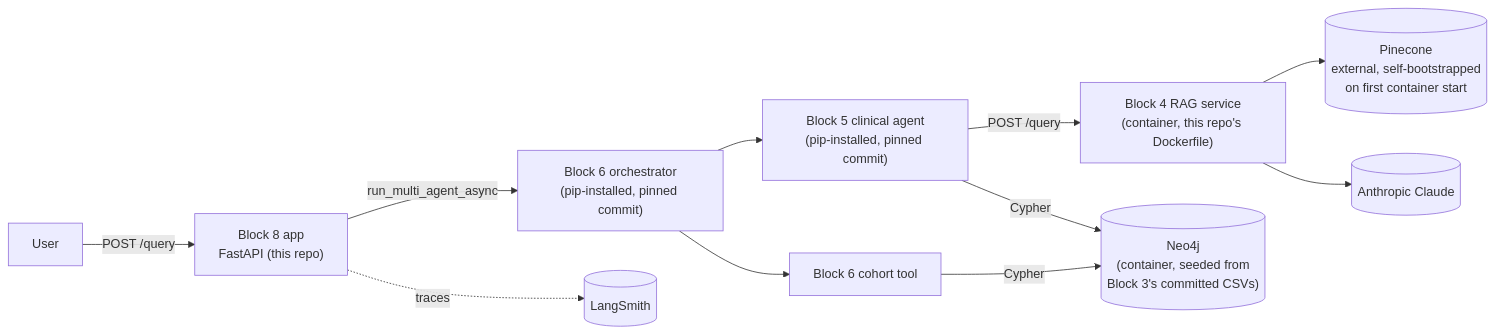
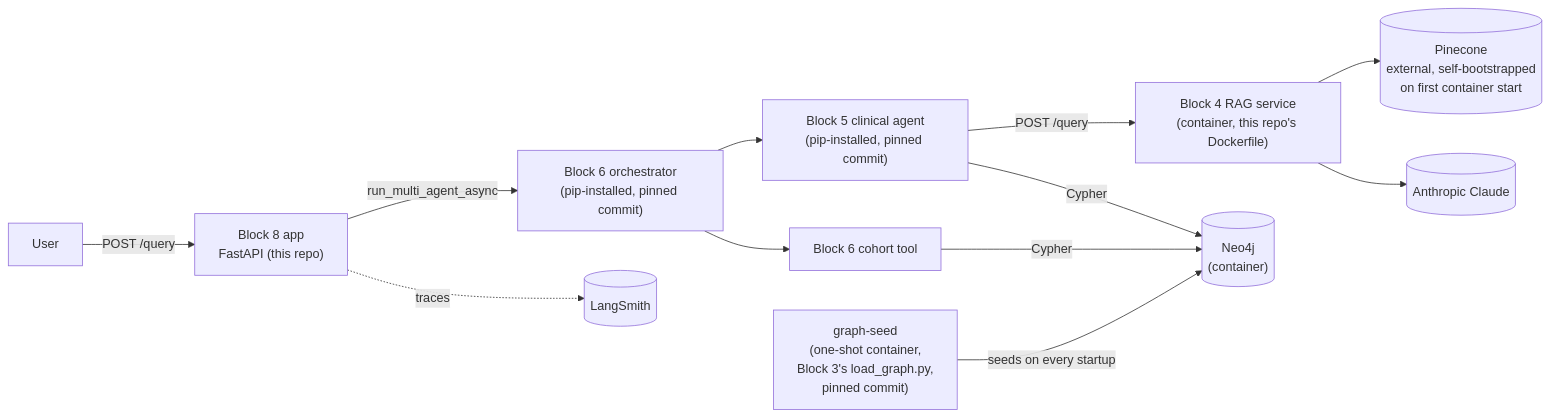
One commit to mpaturi/genai-block8-capstone changed the diagram in README.md. Above: the diagram before and after it, drawn with Mermaid.

Commit message:
Add the missing graph-seed node to the architecture diagram
The diagram only showed three containers while the prose right below it
says four - graph-seed (Block 3's one-shot load_graph.py seeding step)
was missing entirely.

````diff
--- a/README.md
+++ b/README.md
@@ -9,13 +9,14 @@
 ```mermaid
 flowchart LR
     User -->|POST /query| App["Block 8 app<br/>FastAPI (this repo)"]
     App -->|run_multi_agent_async| Orchestrator["Block 6 orchestrator<br/>(pip-installed, pinned commit)"]
     Orchestrator --> Clinical["Block 5 clinical agent<br/>(pip-installed, pinned commit)"]
     Orchestrator --> Cohort["Block 6 cohort tool"]
     Clinical -->|POST /query| RAG["Block 4 RAG service<br/>(container, this repo's Dockerfile)"]
     RAG --> Pinecone[("Pinecone<br/>external, self-bootstrapped\non first container start")]
     RAG --> Claude[("Anthropic Claude")]
-    Clinical -->|Cypher| Neo4j[("Neo4j<br/>(container, seeded from\nBlock 3's committed CSVs)")]
+    Clinical -->|Cypher| Neo4j[("Neo4j<br/>(container)")]
     Cohort -->|Cypher| Neo4j
+    GraphSeed["graph-seed<br/>(one-shot container,<br/>Block 3's load_graph.py,<br/>pinned commit)"] -->|seeds on every startup| Neo4j
     App -.->|traces| LangSmith[("LangSmith")]
 ```
````
